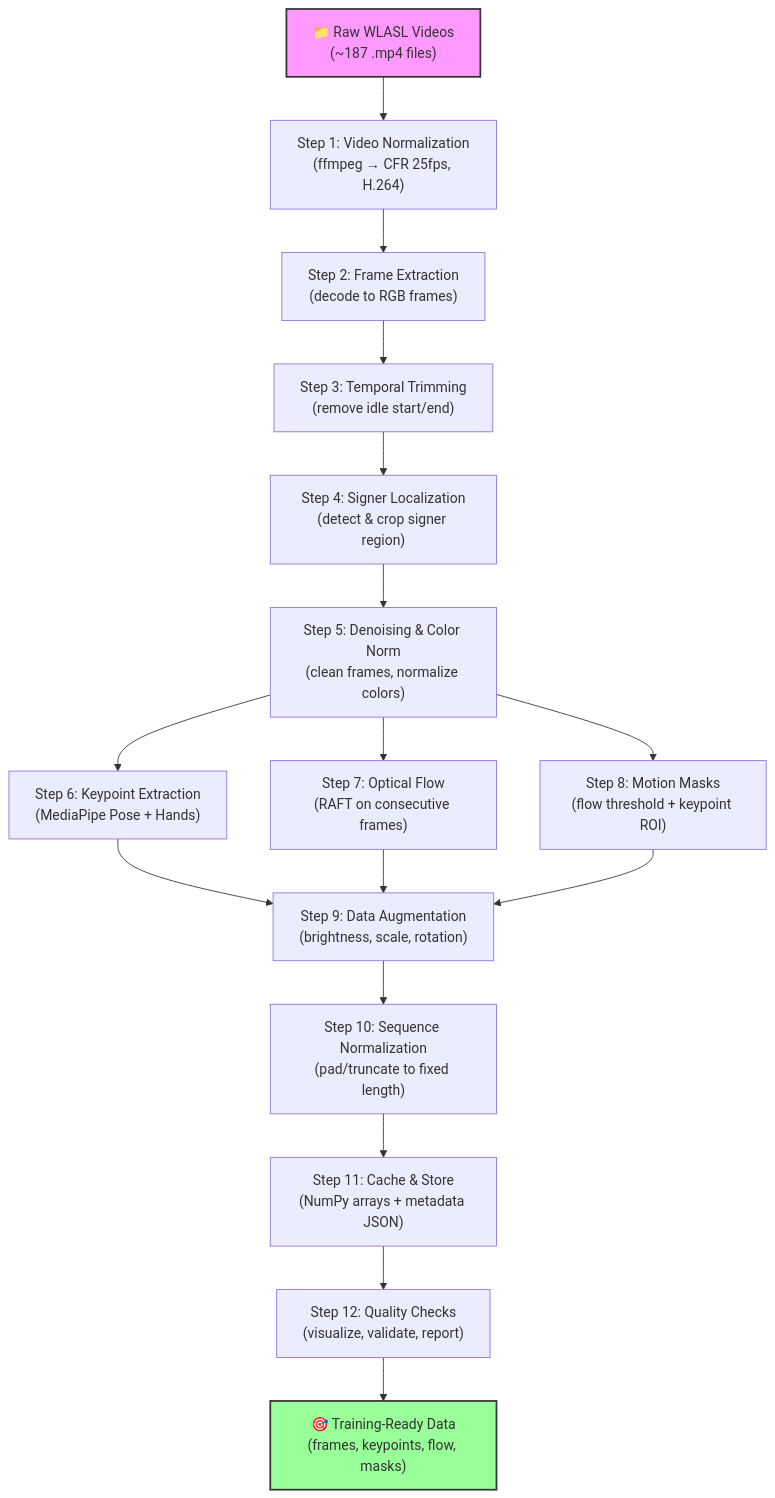
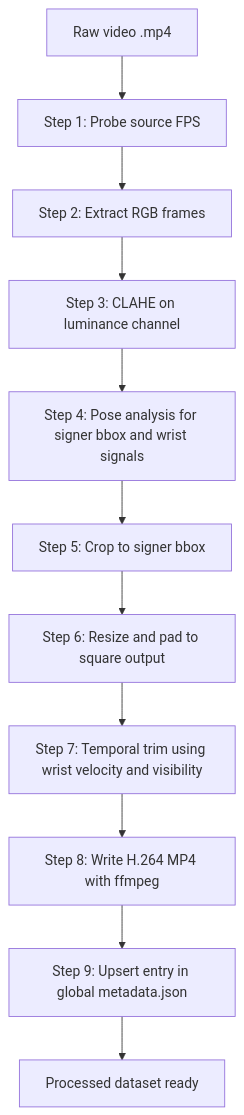
One commit to SillyCatto/sem-5-ml-project changed the first of 3 diagrams in docs/preprocessing_pipeline.md. Above: the diagram before and after it, drawn with Mermaid. The commit also changed other lines of this file and 5 other files, not shown here.

````diff
--- a/docs/preprocessing_pipeline.md
+++ b/docs/preprocessing_pipeline.md
@@ -62,25 +26,13 @@
 ```mermaid
-graph TD
-    A["📁 Raw WLASL Videos<br/>(~187 .mp4 files)"] --> B["Step 1: Video Normalization<br/>(ffmpeg → CFR 25fps, H.264)"]
-    B --> C["Step 2: Frame Extraction<br/>(decode to RGB frames)"]
-    C --> D["Step 3: Temporal Trimming<br/>(remove idle start/end)"]
-    D --> E["Step 4: Signer Localization<br/>(detect & crop signer region)"]
-    E --> F["Step 5: Denoising & Color Norm<br/>(clean frames, normalize colors)"]
-
-    F --> G["Step 6: Keypoint Extraction<br/>(MediaPipe Pose + Hands)"]
-    F --> H["Step 7: Optical Flow<br/>(RAFT on consecutive frames)"]
-    F --> I["Step 8: Motion Masks<br/>(flow threshold + keypoint ROI)"]
-
-    G --> J["Step 9: Data Augmentation<br/>(brightness, scale, rotation)"]
-    H --> J
-    I --> J
-
-    J --> K["Step 10: Sequence Normalization<br/>(pad/truncate to fixed length)"]
-    K --> L["Step 11: Cache & Store<br/>(NumPy arrays + metadata JSON)"]
-    L --> M["Step 12: Quality Checks<br/>(visualize, validate, report)"]
-
-    M --> N["🎯 Training-Ready Data<br/>(frames, keypoints, flow, masks)"]
-
-    style A fill:#f9f,stroke:#333,stroke-width:2px
-    style N fill:#9f9,stroke:#333,stroke-width:2px
+flowchart TD
+    A[Raw video .mp4] --> B[Step 1: Probe source FPS]
+    B --> C[Step 2: Extract RGB frames]
+    C --> D[Step 3: CLAHE on luminance channel]
+    D --> E[Step 4: Pose analysis for signer bbox and wrist signals]
+    E --> F[Step 5: Crop to signer bbox]
+    F --> G[Step 6: Resize and pad to square output]
+    G --> H[Step 7: Temporal trim using wrist velocity and visibility]
+    H --> I[Step 8: Write H.264 MP4 with ffmpeg]
+    I --> J[Step 9: Upsert entry in global metadata.json]
+    J --> K[Processed dataset ready]
 ```
````
